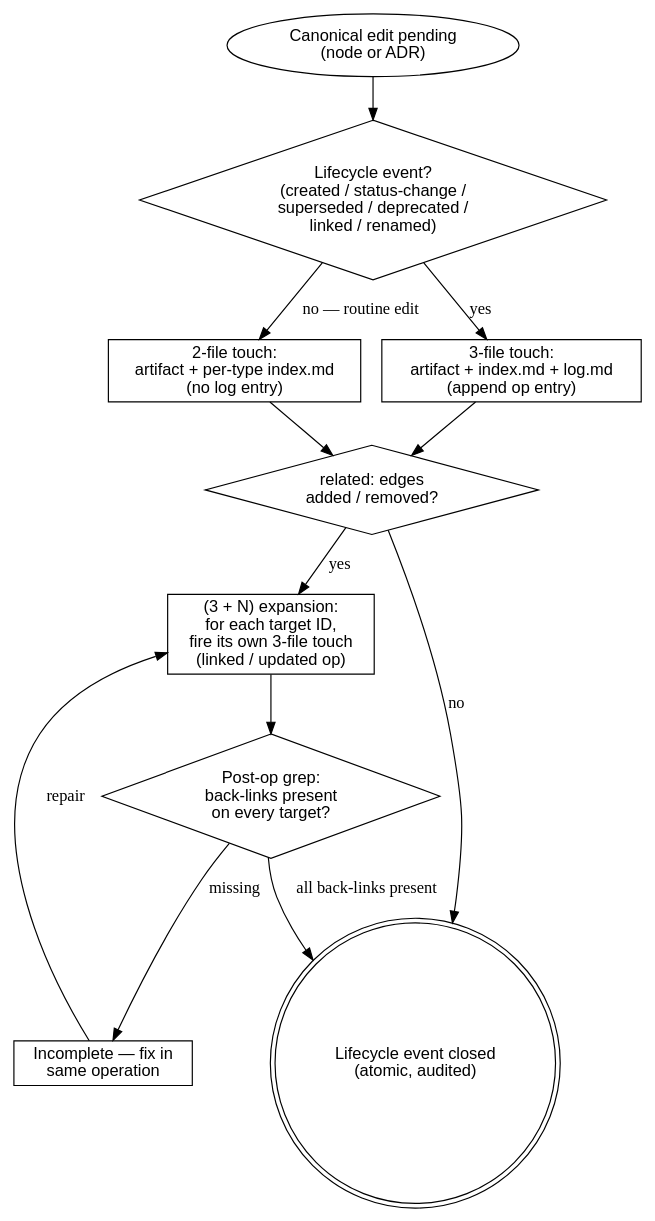
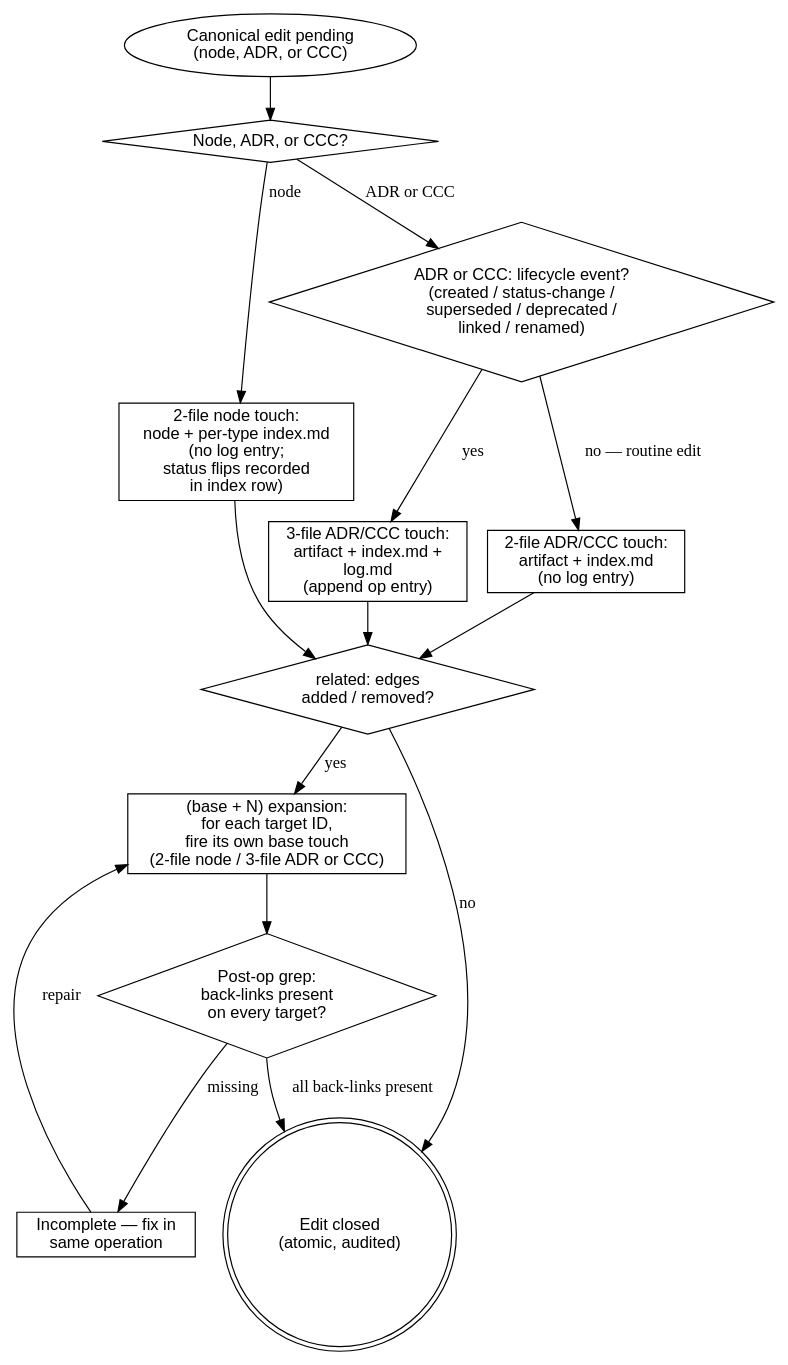
Before and after one commit to thapaliyabikendra/agentic-dev-workspace: the diagram in sdlc/workflow/maintenance-discipline.md, drawn with Graphviz. The commit also changed other lines of this file and 60 other files, not shown here.

First line of the commit message:
add CCC (cross-cutting concerns) as fourth governance type

````diff
--- a/sdlc/workflow/maintenance-discipline.md
+++ b/sdlc/workflow/maintenance-discipline.md
@@ -44,29 +45,34 @@
 ```dot
 digraph maintenance_touch {
     rankdir=TB;
     node [fontname="Helvetica"];
 
-    event    [shape=oval,    label="Canonical edit pending\n(node or ADR)"];
-    tier     [shape=diamond, label="Lifecycle event?\n(created / status-change /\nsuperseded / deprecated /\nlinked / renamed)"];
-    routine  [shape=box,     label="2-file touch:\nartifact + per-type index.md\n(no log entry)"];
-    lifecyc  [shape=box,     label="3-file touch:\nartifact + index.md + log.md\n(append op entry)"];
-    related  [shape=diamond, label="related: edges\nadded / removed?"];
-    plusN    [shape=box,     label="(3 + N) expansion:\nfor each target ID,\nfire its own 3-file touch\n(linked / updated op)"];
-    gate     [shape=diamond, label="Post-op grep:\nback-links present\non every target?"];
-    incomp   [shape=box,     label="Incomplete — fix in\nsame operation"];
+    event     [shape=oval,    label="Canonical edit pending\n(node, ADR, or CCC)"];
+    type      [shape=diamond, label="Node, ADR, or CCC?"];
+    nodebox   [shape=box,     label="2-file node touch:\nnode + per-type index.md\n(no log entry;\nstatus flips recorded\nin index row)"];
+    tier      [shape=diamond, label="ADR or CCC: lifecycle event?\n(created / status-change /\nsuperseded / deprecated /\nlinked / renamed)"];
+    routine   [shape=box,     label="2-file ADR/CCC touch:\nartifact + index.md\n(no log entry)"];
+    lifecyc   [shape=box,     label="3-file ADR/CCC touch:\nartifact + index.md +\nlog.md\n(append op entry)"];
+    related   [shape=diamond, label="related: edges\nadded / removed?"];
+    plusN     [shape=box,     label="(base + N) expansion:\nfor each target ID,\nfire its own base touch\n(2-file node / 3-file ADR or CCC)"];
+    gate      [shape=diamond, label="Post-op grep:\nback-links present\non every target?"];
+    incomp    [shape=box,     label="Incomplete — fix in\nsame operation"];
 
-    done     [shape=doublecircle, label="Lifecycle event closed\n(atomic, audited)"];
+    done      [shape=doublecircle, label="Edit closed\n(atomic, audited)"];
 
-    event -> tier;
-    tier -> routine [label="no — routine edit"];
-    tier -> lifecyc [label="yes"];
+    event -> type;
+    type -> nodebox  [label="node"];
+    type -> tier     [label="ADR or CCC"];
+    tier -> routine  [label="no — routine edit"];
+    tier -> lifecyc  [label="yes"];
+    nodebox -> related;
     routine -> related;
     lifecyc -> related;
     related -> plusN [label="yes"];
     related -> done  [label="no"];
     plusN -> gate;
-    gate -> done   [label="all back-links present"];
-    gate -> incomp [label="missing"];
-    incomp -> plusN [label="repair"];
+    gate -> done     [label="all back-links present"];
+    gate -> incomp   [label="missing"];
+    incomp -> plusN  [label="repair"];
 }
 ```
````
